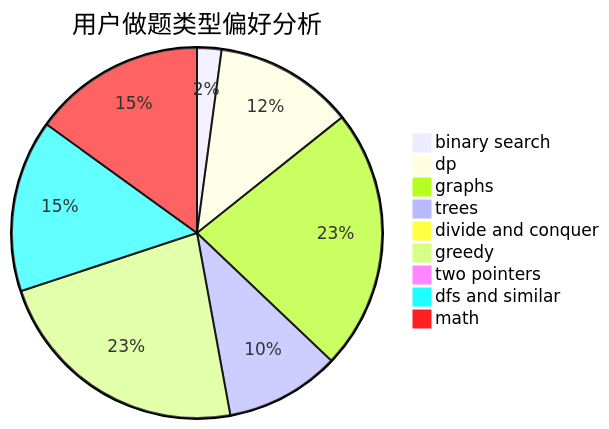
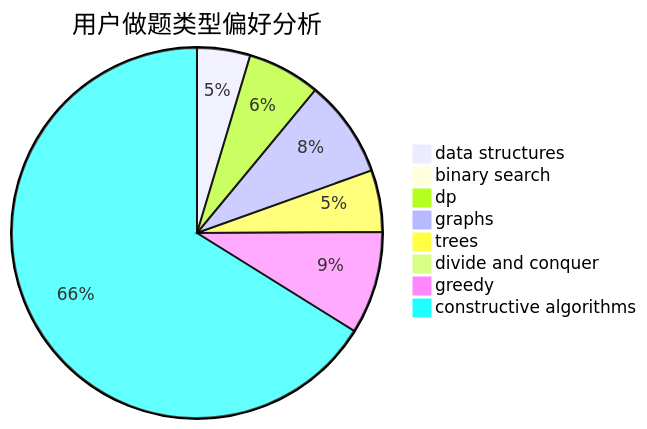
One commit to sherpahu/cfrs.github.io changed the second of 3 diagrams in docs/user/u2470.md. Above: the diagram before and after it, drawn with Mermaid. The commit also changed other lines of this file and 2775 other files, not shown here.

````diff
--- a/docs/user/u2470.md
+++ b/docs/user/u2470.md
@@ -23,12 +23,11 @@
 ```mermaid
 pie title 用户做题类型偏好分析
-    "binary search" :  17
-    "dp" :  97
-    "graphs" :  182
-    "trees" :  80
-    "divide and conquer" :  3
-    "greedy" :  182
-    "two pointers" :  4
-    "dfs and similar" :  120
-    "math" :  120
+    "data structures" :  43
+    "binary search" :  4
+    "dp" :  59
+    "graphs" :  79
+    "trees" :  50
+    "divide and conquer" :  0
+    "greedy" :  83
+    "constructive algorithms" :  613
 ```
````
